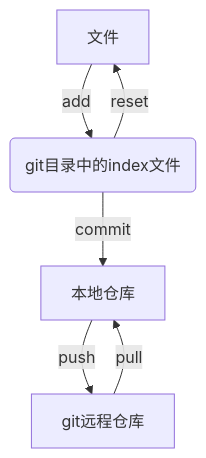
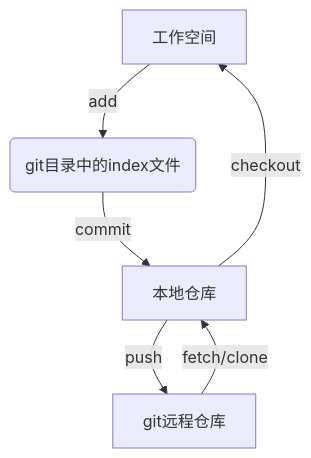
Before and after one commit to LeeWenPeng/Study: the diagram in git_study.md, drawn with Mermaid. The commit also changed other lines of this file, not shown here.

````diff
--- a/git_study.md
+++ b/git_study.md
@@ -43,7 +43,7 @@
 ```mermaid
 graph TD;
 
-文件 --add--> 暂存区(git目录中的index文件) --commit--> 本地仓库 --push--> git远程仓库;
-暂存区(git目录中的index文件) --reset--> 文件;
-git远程仓库 --pull--> 本地仓库;
+工作空间 --add--> 暂存区(git目录中的index文件) --commit--> 本地仓库 --push--> git远程仓库;
+本地仓库--checkout-->工作空间
+git远程仓库 --fetch/clone--> 本地仓库;
 ```
````
